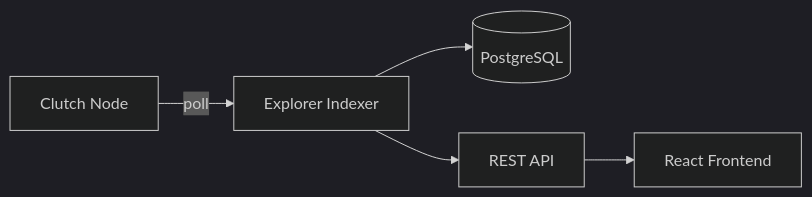
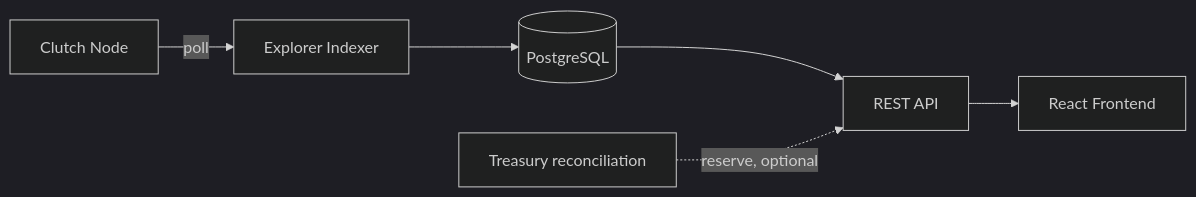
The diagram in docs/clutch-explorer/overview.md (clutchprotocol/clutch-docs), drawn with Mermaid (dark theme) before and after one commit. The commit also changed other lines of this file and 27 other files, not shown here.

````diff
--- a/docs/clutch-explorer/overview.md
+++ b/docs/clutch-explorer/overview.md
@@ -11,7 +11,8 @@
 ```mermaid
 flowchart LR
     Node["Clutch Node"] -->|"poll"| Indexer["Explorer Indexer"]
     Indexer --> Postgres[("PostgreSQL")]
-    Indexer --> Api["REST API"]
+    Postgres --> Api["REST API"]
+    Treasury["Treasury reconciliation"] -.->|"reserve, optional"| Api
     Api --> Ui["React Frontend"]
 ```
````
